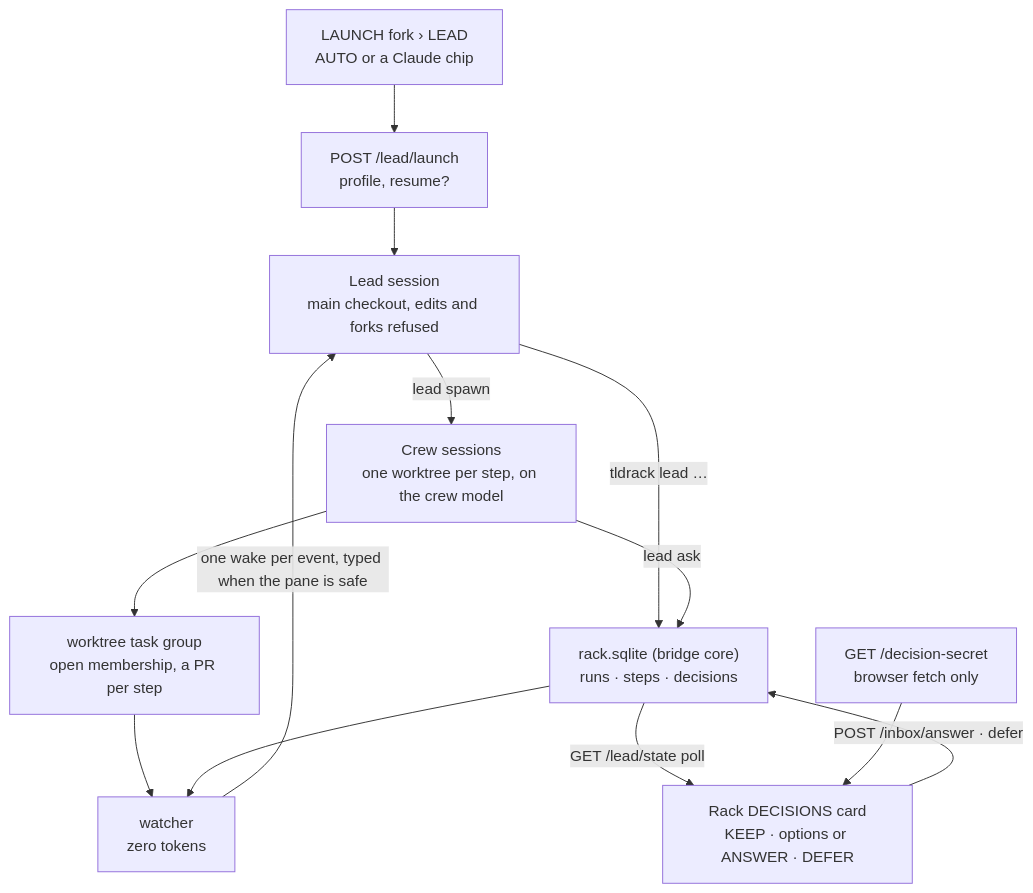
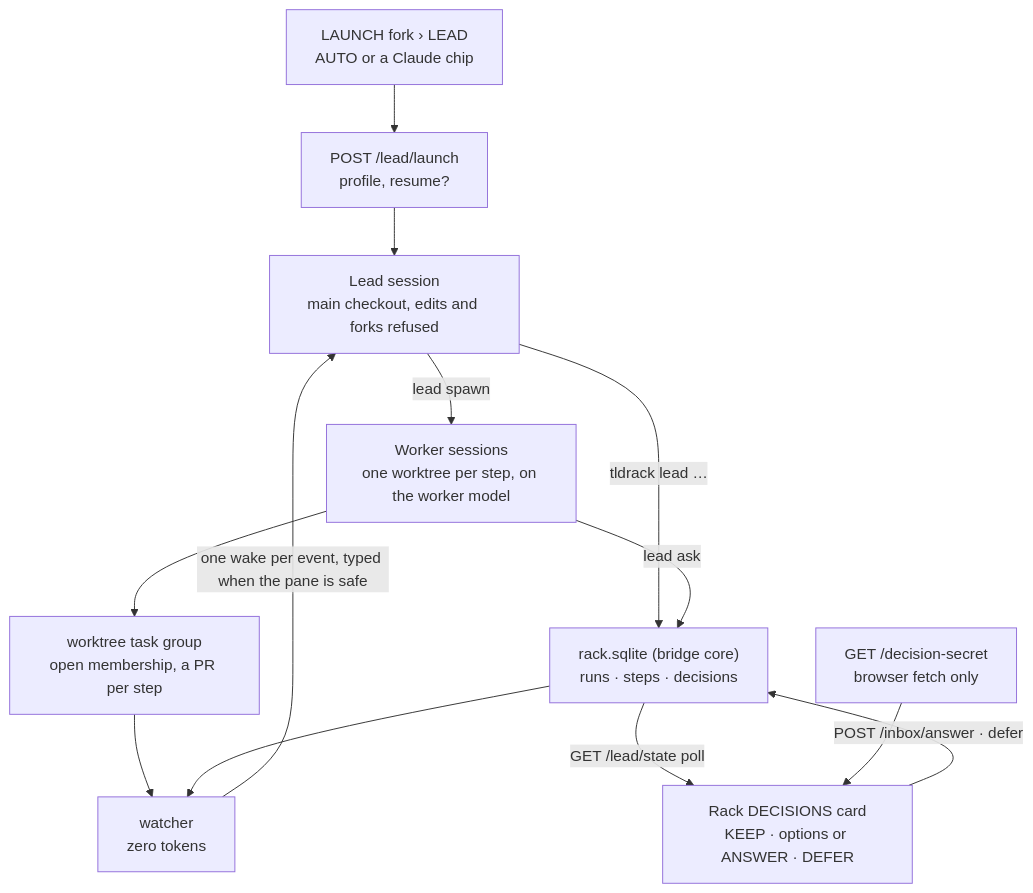
The seventh of 9 diagrams in ui/src/agent-rack-diagram/rack-architecture.md (voidcraft-world/tldrack), drawn with Mermaid before and after one commit. The commit also changed 158 other files, not shown here.

````diff
--- a/ui/src/agent-rack-diagram/rack-architecture.md
+++ b/ui/src/agent-rack-diagram/rack-architecture.md
@@ -211,22 +211,22 @@
 ```mermaid
 flowchart TD
     fork["LAUNCH fork › LEAD<br/>AUTO or a Claude chip"]
     launch["POST /lead/launch<br/>profile, resume?"]
     lead["Lead session<br/>main checkout, edits and forks refused"]
     store["rack.sqlite (bridge core)<br/>runs · steps · decisions"]
-    crew["Crew sessions<br/>one worktree per step, on the crew model"]
+    worker["Worker sessions<br/>one worktree per step, on the worker model"]
     group["worktree task group<br/>open membership, a PR per step"]
     watcher["watcher<br/>zero tokens"]
     card["Rack DECISIONS card<br/>KEEP · options or ANSWER · DEFER"]
     secret["GET /decision-secret<br/>browser fetch only"]
     fork --> launch --> lead
     lead -->|"tldrack lead …"| store
-    lead -->|"lead spawn"| crew --> group
-    crew -->|"lead ask"| store
+    lead -->|"lead spawn"| worker --> group
+    worker -->|"lead ask"| store
     group --> watcher
     store --> watcher
     watcher -->|"one wake per event, typed when the pane is safe"| lead
     store -->|"GET /lead/state poll"| card
     secret --> card
     card -->|"POST /inbox/answer · defer"| store
 ```
````
